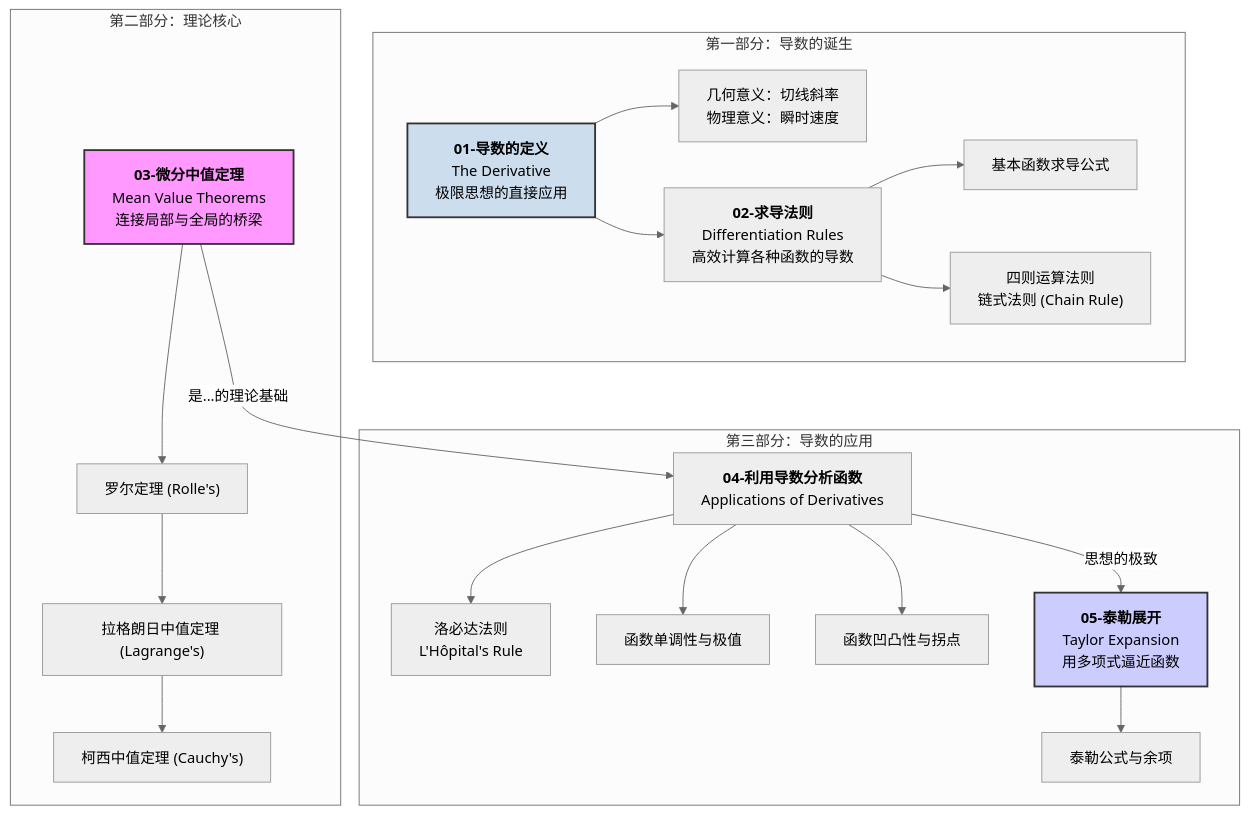
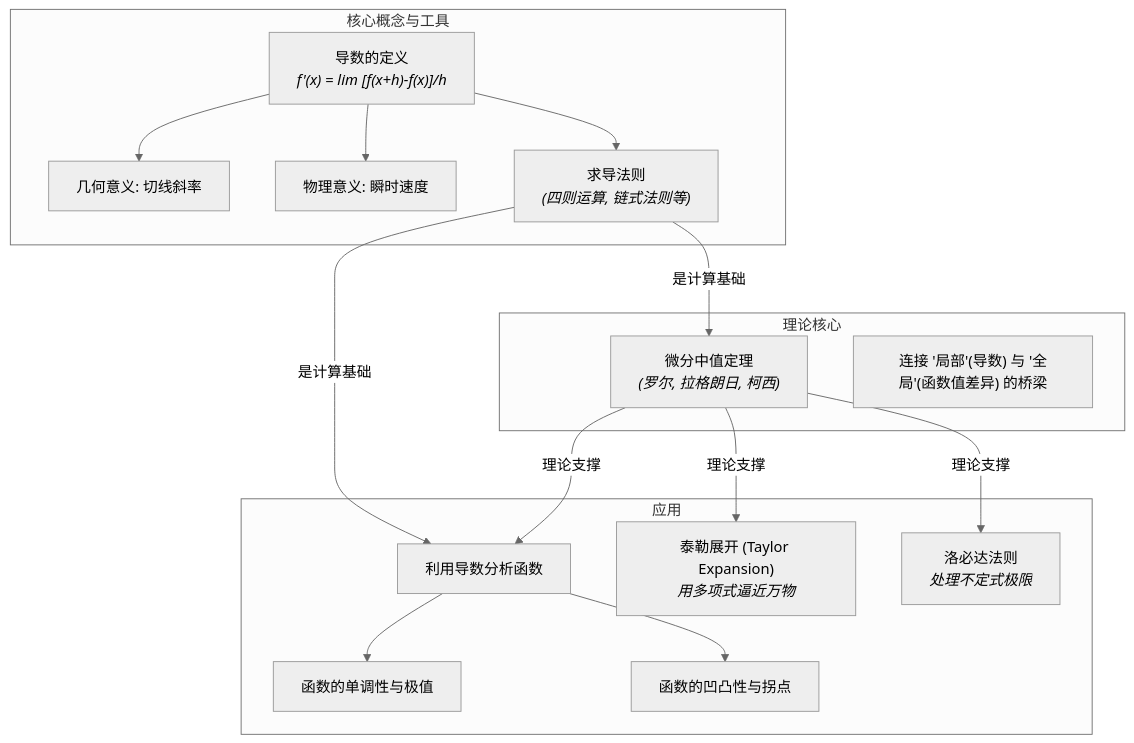
The diagram in Math/Refactor/04-分析学/02-一元微分学/00-模块总览.md (AdaMartin18010/Mathematics), drawn with Mermaid (neutral theme) before and after one commit. The commit also changed other lines of this file and 62 other files, not shown here.

````diff
--- a/Math/Refactor/04-分析学/02-一元微分学/00-模块总览.md
+++ b/Math/Refactor/04-分析学/02-一元微分学/00-模块总览.md
@@ -20,29 +18,34 @@
 ```mermaid
 graph TD
-    subgraph "第一部分：导数的诞生"
-        A["<b>01-导数的定义</b><br>The Derivative<br>极限思想的直接应用"] --> B["几何意义：切线斜率<br>物理意义：瞬时速度"];
-        A --> C["<b>02-求导法则</b><br>Differentiation Rules<br>高效计算各种函数的导数"];
-        C --> C1["基本函数求导公式"];
-        C --> C2["四则运算法则<br>链式法则 (Chain Rule)"];
+    subgraph 核心概念与工具
+        A["导数的定义<br><i>f'(x) = lim [f(x+h)-f(x)]/h</i>"]
+        B["几何意义: 切线斜率"]
+        C["物理意义: 瞬时速度"]
+        D["求导法则<br><i>(四则运算, 链式法则等)</i>"]
+    end
+    
+    subgraph 理论核心
+        E["微分中值定理<br><i>(罗尔, 拉格朗日, 柯西)</i>"]
+        F["连接 '局部'(导数) 与 '全局'(函数值差异) 的桥梁"]
     end
 
-    subgraph "第二部分：理论核心"
-        D["<b>03-微分中值定理</b><br>Mean Value Theorems<br>连接局部与全局的桥梁"] --> E["罗尔定理 (Rolle's)"];
-        E --> F["拉格朗日中值定理 (Lagrange's)"];
-        F --> G["柯西中值定理 (Cauchy's)"];
-    end
-    
-    subgraph "第三部分：导数的应用"
-        H["<b>04-利用导数分析函数</b><br>Applications of Derivatives"] --> I["洛必达法则<br>L'Hôpital's Rule"];
-        H --> J["函数单调性与极值"];
-        H --> K["函数凹凸性与拐点"];
-        
-        L["<b>05-泰勒展开</b><br>Taylor Expansion<br>用多项式逼近函数"] --> M["泰勒公式与余项"];
-        D -- "是...的理论基础" --> H;
-        H -- "思想的极致" --> L;
+    subgraph 应用
+        G["利用导数分析函数"]
+        H["函数的单调性与极值"]
+        I["函数的凹凸性与拐点"]
+        J["泰勒展开 (Taylor Expansion)<br><i>用多项式逼近万物</i>"]
+        K["洛必达法则<br><i>处理不定式极限</i>"]
     end
 
-    style A fill:#cde,stroke:#333,stroke-width:2px
-    style D fill:#f9f,stroke:#333,stroke-width:2px
-    style L fill:#ccf,stroke:#333,stroke-width:2px
+    A --> B;
+    A --> C;
+    A --> D;
+    D -- "是计算基础" --> E;
+    D -- "是计算基础" --> G;
+    E -- "理论支撑" --> G;
+    E -- "理论支撑" --> K;
+    E -- "理论支撑" --> J
+    G --> H;
+    G --> I;
+
 ```
````
